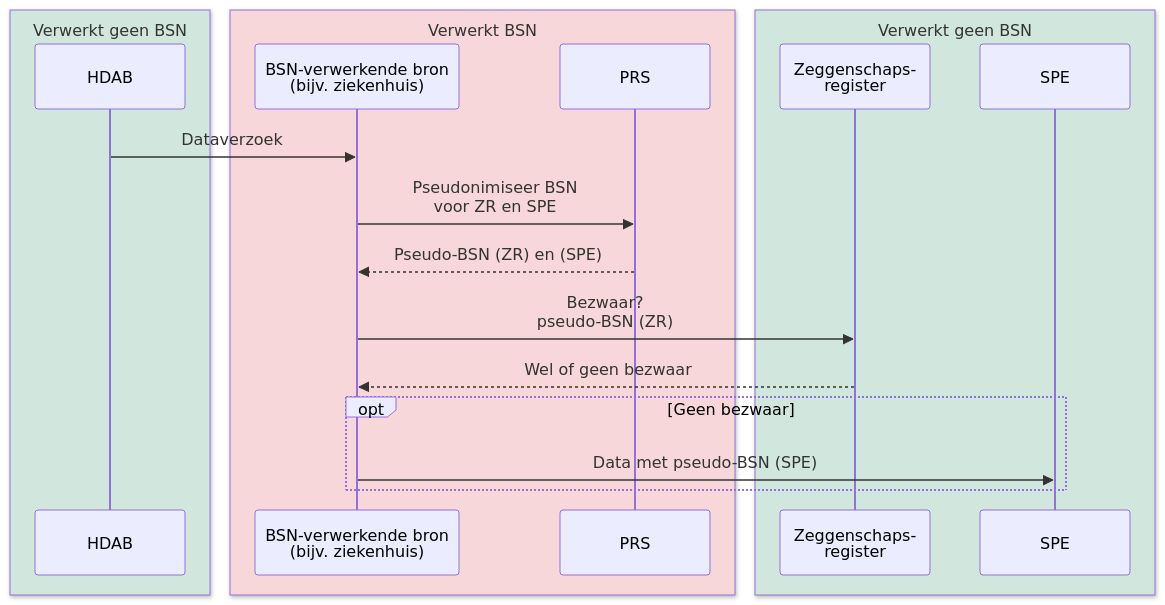
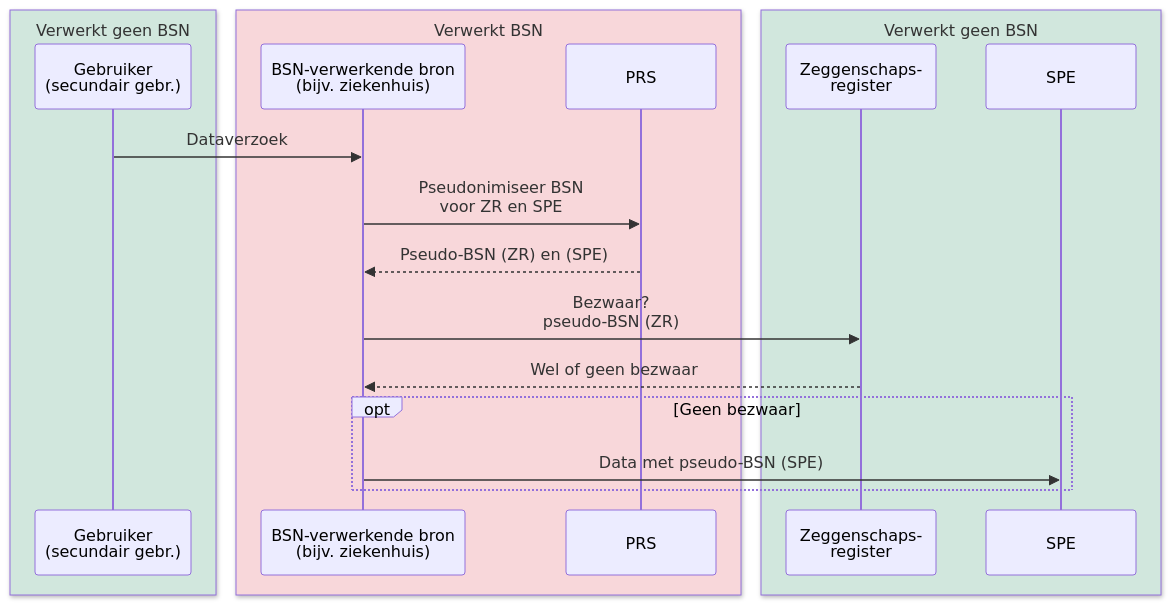
The seventh of 8 diagrams in input/pagecontent/identification-sg.md (minvws/generiekefuncties-docs), drawn with Mermaid before and after one commit. The commit also changed other lines of this file and 1 other file, not shown here.

````diff
--- a/input/pagecontent/identification-sg.md
+++ b/input/pagecontent/identification-sg.md
@@ -385,23 +386,23 @@
 ```mermaid
 sequenceDiagram
     box rgb(209,231,221) Verwerkt geen BSN
-        participant hdab as HDAB
+        participant gebruiker as Gebruiker<br/>(secundair gebr.)
     end
     box rgb(248,215,218) Verwerkt BSN
         participant bron as BSN-verwerkende bron<br/>(bijv. ziekenhuis)
         participant prs as PRS
     end
     box rgb(209,231,221) Verwerkt geen BSN
         participant zr as Zeggenschaps-<br/>register
         participant spe as SPE
     end
 
-    hdab->>bron: Dataverzoek
+    gebruiker->>bron: Dataverzoek
     bron->>prs: Pseudonimiseer BSN<br/>voor ZR en SPE
     prs-->>bron: Pseudo-BSN (ZR) en (SPE)
     bron->>zr: Bezwaar?<br/>pseudo-BSN (ZR)
     zr-->>bron: Wel of geen bezwaar
     opt Geen bezwaar
         bron->>spe: Data met pseudo-BSN (SPE)
     end
 ```
````
